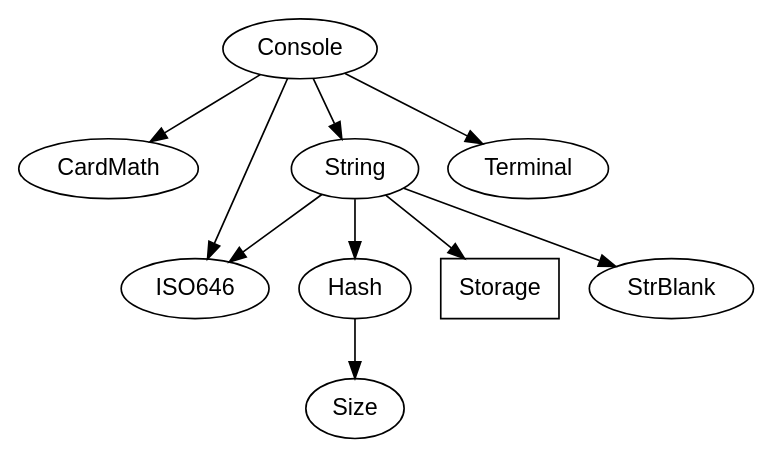
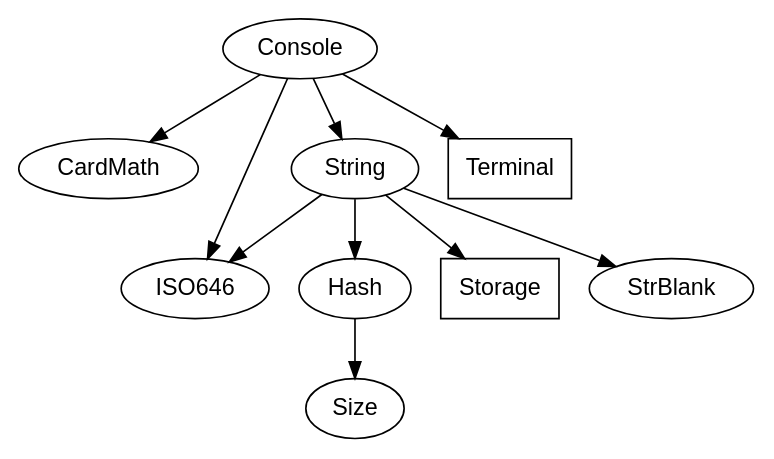
One commit to m2sf/M2PP-Module-Dependency-Graphs changed the diagram in Console.dep.dot. Above: the diagram before and after it, drawn with Graphviz. The commit also changed 8 other files, not shown here.

```diff
--- a/Console.dep.dot
+++ b/Console.dep.dot
@@ -1,26 +1,28 @@
 digraph ConsoleDep {
   node [fontname=helvetica];
   
   Console -> {
     CardMath ISO646 String Terminal
   };
   
   CardMath; /* no dependencies */
   
   ISO646; /* no dependencies */
   
   String -> {
     Hash ISO646 Storage StrBlank
   };
   
   Hash -> {
     Size
   };
   
   Size; /* no dependencies */
   
   Storage [shape=box]; /* stdlib */
   
-  StrBlank; /* no dependencies */  
+  StrBlank; /* no dependencies */
+  
+  Terminal [shape=box]; /* stdlib */
     
 } /* ConsoleDep */
```
